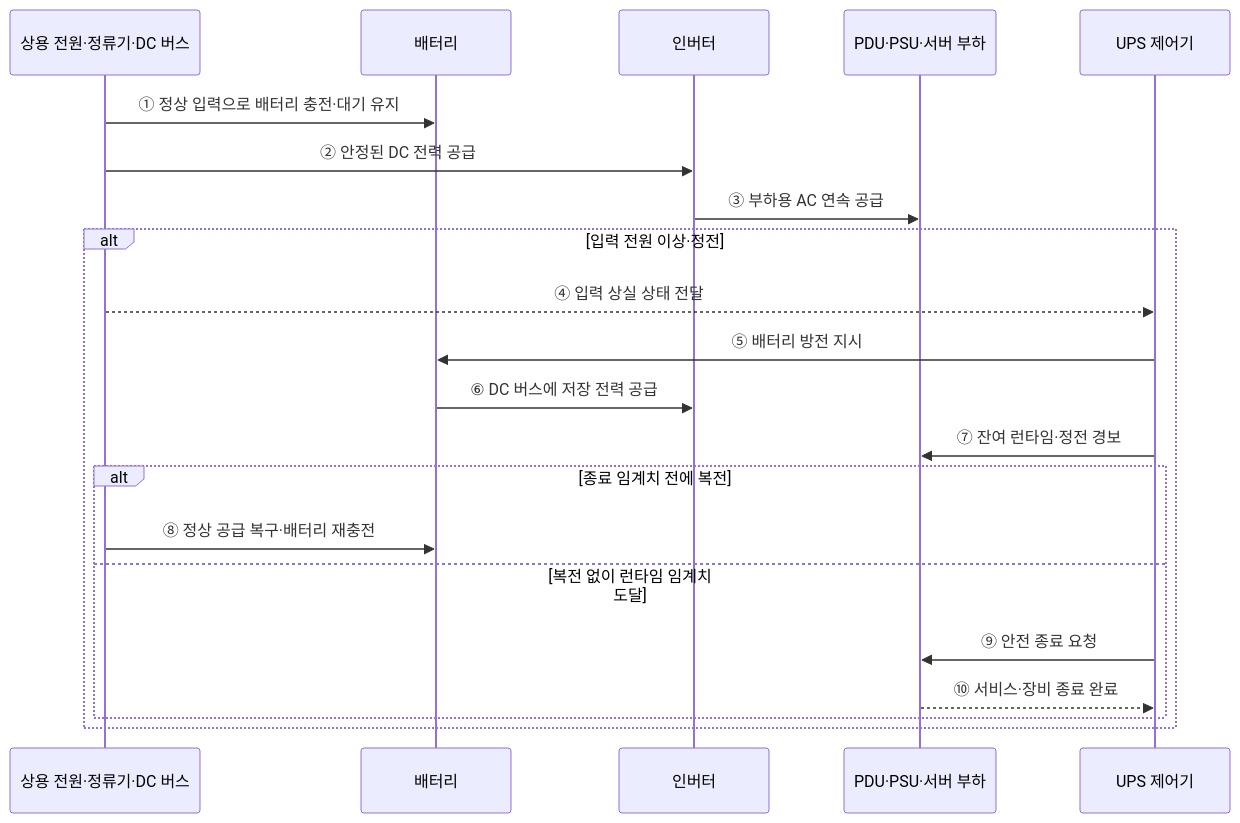
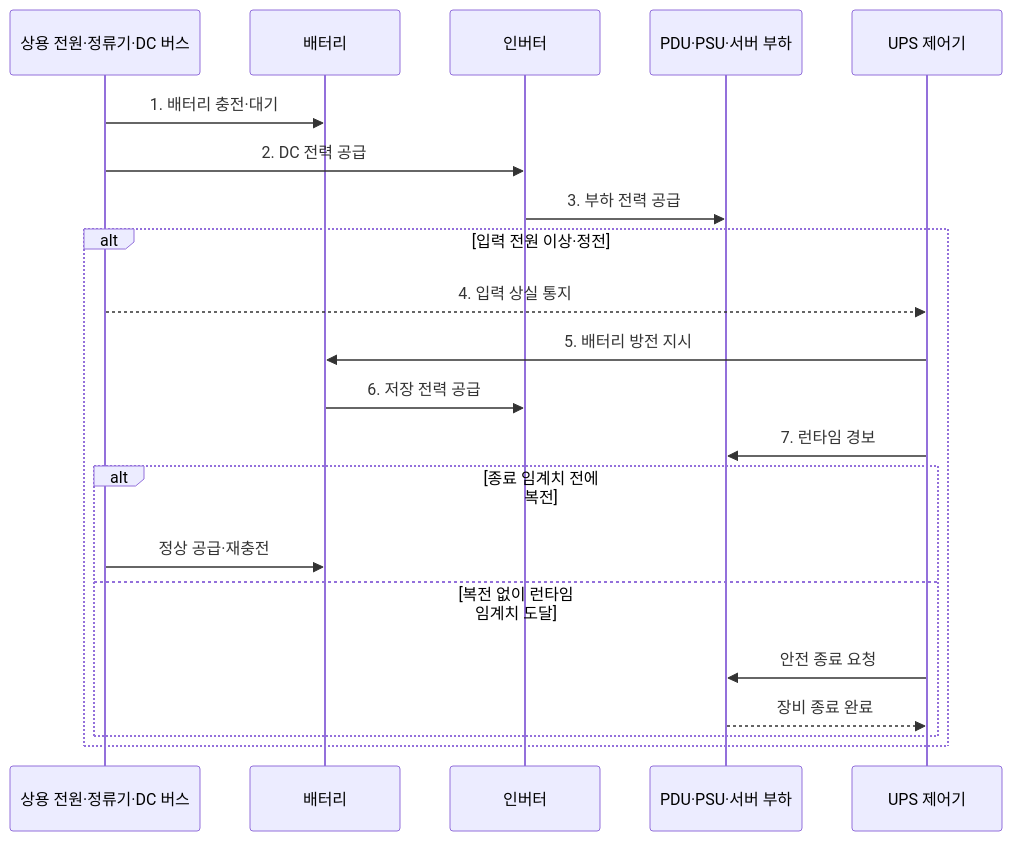
The second of 2 diagrams in src/content/docs/notes/02-hardware/055_power_supply_ups.md (agnusdei1207/knowledge-base), drawn with Mermaid before and after one commit. The commit also changed other lines of this file and 20 other files, not shown here.

````diff
--- a/src/content/docs/notes/02-hardware/055_power_supply_ups.md
+++ b/src/content/docs/notes/02-hardware/055_power_supply_ups.md
@@ -78,24 +90,24 @@
 ```mermaid
 sequenceDiagram
     participant U as 상용 전원·정류기·DC 버스
     participant B as 배터리
     participant I as 인버터
     participant L as PDU·PSU·서버 부하
     participant C as UPS 제어기
 
-    U->>B: ① 정상 입력으로 배터리 충전·대기 유지
-    U->>I: ② 안정된 DC 전력 공급
-    I->>L: ③ 부하용 AC 연속 공급
+    U->>B: 1. 배터리 충전·대기
+    U->>I: 2. DC 전력 공급
+    I->>L: 3. 부하 전력 공급
     alt 입력 전원 이상·정전
-        U-->>C: ④ 입력 상실 상태 전달
-        C->>B: ⑤ 배터리 방전 지시
-        B->>I: ⑥ DC 버스에 저장 전력 공급
-        C->>L: ⑦ 잔여 런타임·정전 경보
+        U-->>C: 4. 입력 상실 통지
+        C->>B: 5. 배터리 방전 지시
+        B->>I: 6. 저장 전력 공급
+        C->>L: 7. 런타임 경보
         alt 종료 임계치 전에 복전
-            U->>B: ⑧ 정상 공급 복구·배터리 재충전
+            U->>B: 정상 공급·재충전
         else 복전 없이 런타임 임계치 도달
-            C->>L: ⑨ 안전 종료 요청
-            L-->>C: ⑩ 서비스·장비 종료 완료
+            C->>L: 안전 종료 요청
+            L-->>C: 장비 종료 완료
         end
     end
 ```
````
